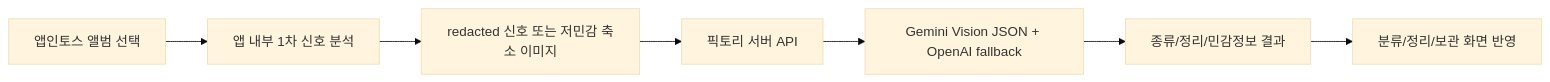
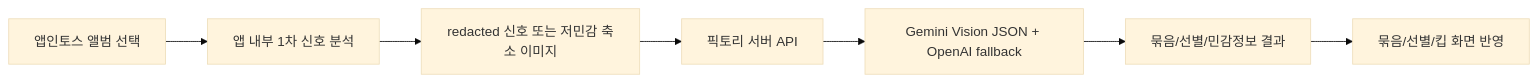
One commit to Artemis-ignis/pictory-apps-in-toss changed the diagram in docs/apps-in-toss-test-and-monetization.md. Above: the diagram before and after it, drawn with Mermaid (base theme). The commit also changed other lines of this file and 29 other files, not shown here.

````diff
--- a/docs/apps-in-toss-test-and-monetization.md
+++ b/docs/apps-in-toss-test-and-monetization.md
@@ -190,9 +190,9 @@
 ```mermaid
 flowchart LR
   A["앱인토스 앨범 선택"] --> B["앱 내부 1차 신호 분석"]
   B --> C["redacted 신호 또는 저민감 축소 이미지"]
   C --> D["픽토리 서버 API"]
   D --> E["Gemini Vision JSON + OpenAI fallback"]
-  E --> F["종류/정리/민감정보 결과"]
-  F --> G["분류/정리/보관 화면 반영"]
+  E --> F["묶음/선별/민감정보 결과"]
+  F --> G["묶음/선별/킵 화면 반영"]
 ```
````
